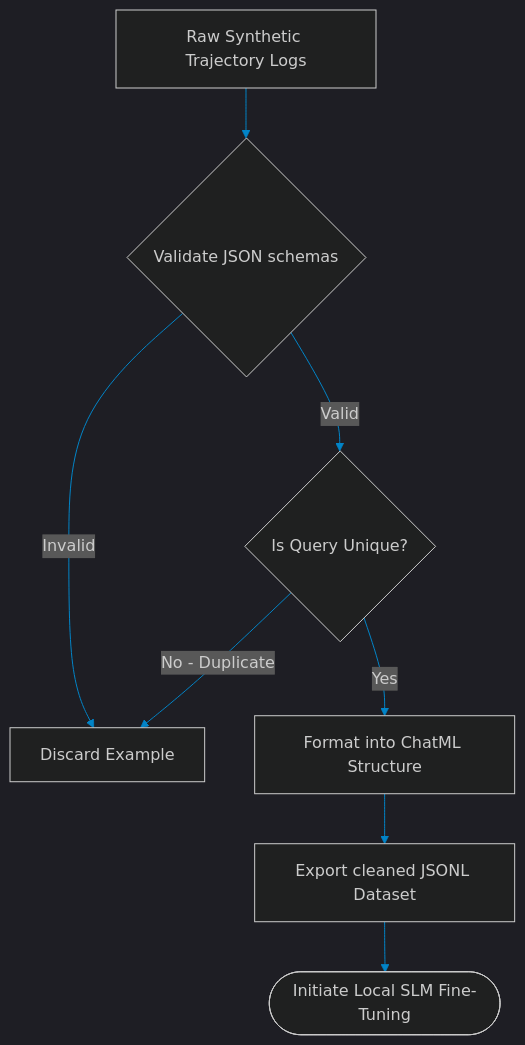
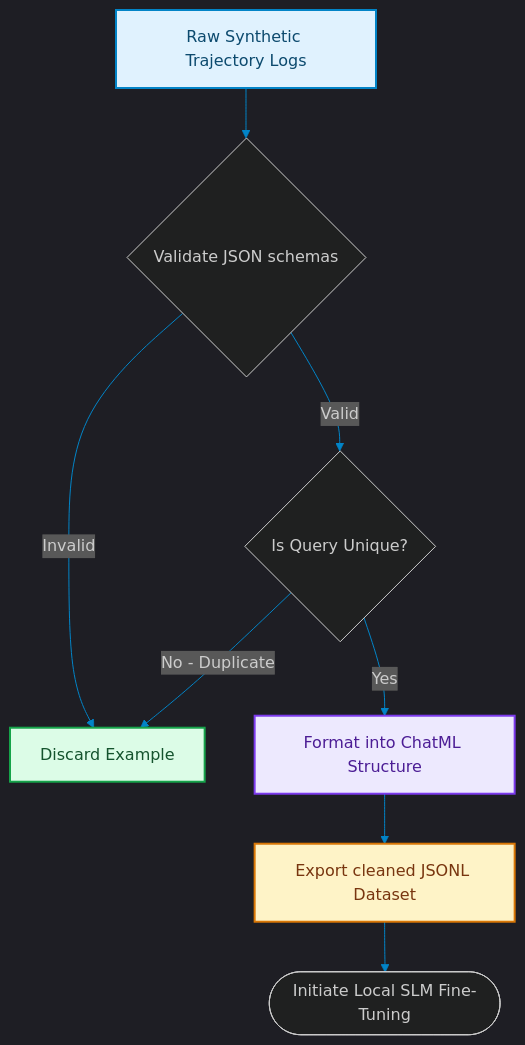
Before and after one commit to akmalkhaniub/akmalkhaniub.github.io: the diagram in blog/posts/slm-fine-tuning-synthetic-dataset-curation.md, drawn with Mermaid. The commit also changed other lines of this file and 1291 other files, not shown here.

First line of the commit message:
feat(catalog): unique covers, scholarly references, and diagram palettes

````diff
--- a/blog/posts/slm-fine-tuning-synthetic-dataset-curation.md
+++ b/blog/posts/slm-fine-tuning-synthetic-dataset-curation.md
@@ -16,14 +16,24 @@
 ```mermaid
 %%{init: {'theme': 'dark', 'themeVariables': { 'primaryColor': '#0284c7', 'primaryTextColor': '#f3f4f6', 'primaryBorderColor': '#38bdf8', 'lineColor': '#0284c7', 'secondaryColor': '#111827', 'tertiaryColor': '#0b0f19'}}}%%
 flowchart TD
-    Raw[Raw Synthetic Trajectory Logs] --> FilterJSON{Validate JSON schemas}
+    Raw["Raw Synthetic Trajectory Logs"] --> FilterJSON{Validate JSON schemas}
     
-    FilterJSON -->|Invalid| Discard[Discard Example]
+    FilterJSON -->|Invalid| Discard["Discard Example"]
     FilterJSON -->|Valid| DeDup{Is Query Unique?}
     
     DeDup -->|No - Duplicate| Discard
-    DeDup -->|Yes| Format[Format into ChatML Structure]
+    DeDup -->|Yes| Format["Format into ChatML Structure"]
     
-    Format --> Export[Export cleaned JSONL Dataset]
+    Format --> Export["Export cleaned JSONL Dataset"]
     Export --> Train([Initiate Local SLM Fine-Tuning])
+
+classDef green fill:#dcfce7,stroke:#16a34a,stroke-width:2px,color:#14532d;
+classDef red fill:#fee2e2,stroke:#dc2626,stroke-width:2px,color:#7f1d1d;
+classDef blue fill:#e0f2fe,stroke:#0284c7,stroke-width:2px,color:#0c4a6e;
+classDef yellow fill:#fef3c7,stroke:#d97706,stroke-width:2px,color:#78350f;
+classDef purple fill:#ede9fe,stroke:#7c3aed,stroke-width:2px,color:#4c1d95;
+class Raw blue
+class Discard green
+class Format purple
+class Export yellow
 ```
````
